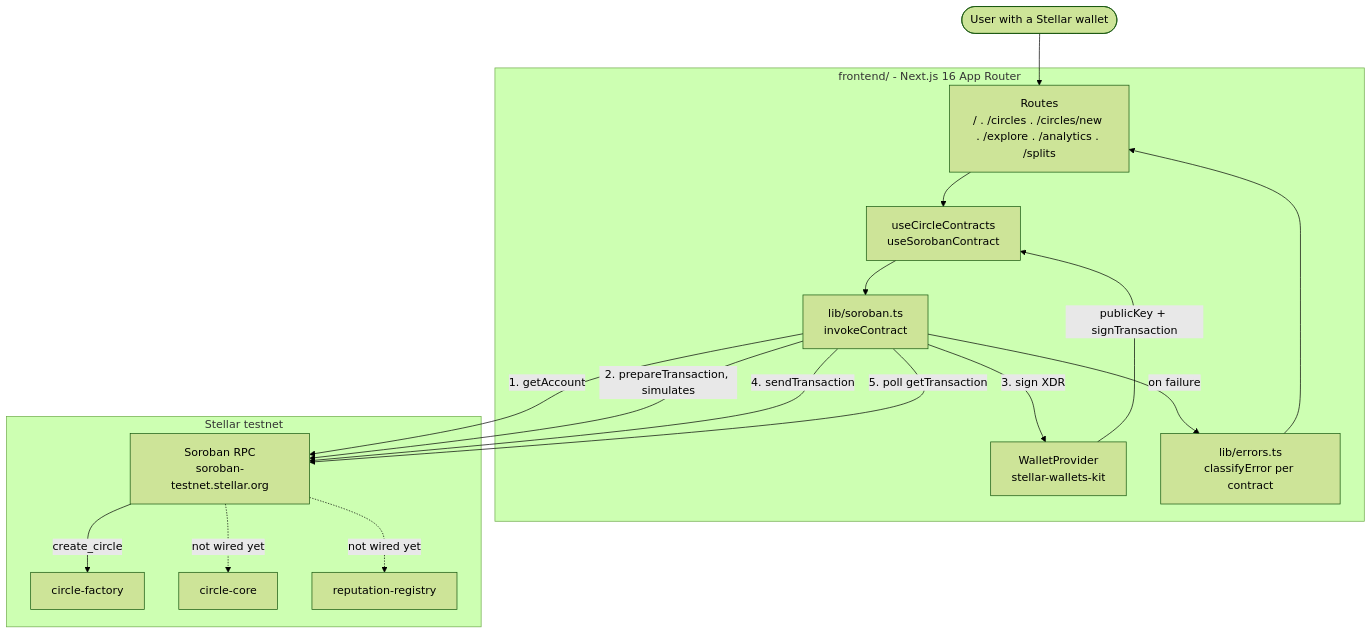
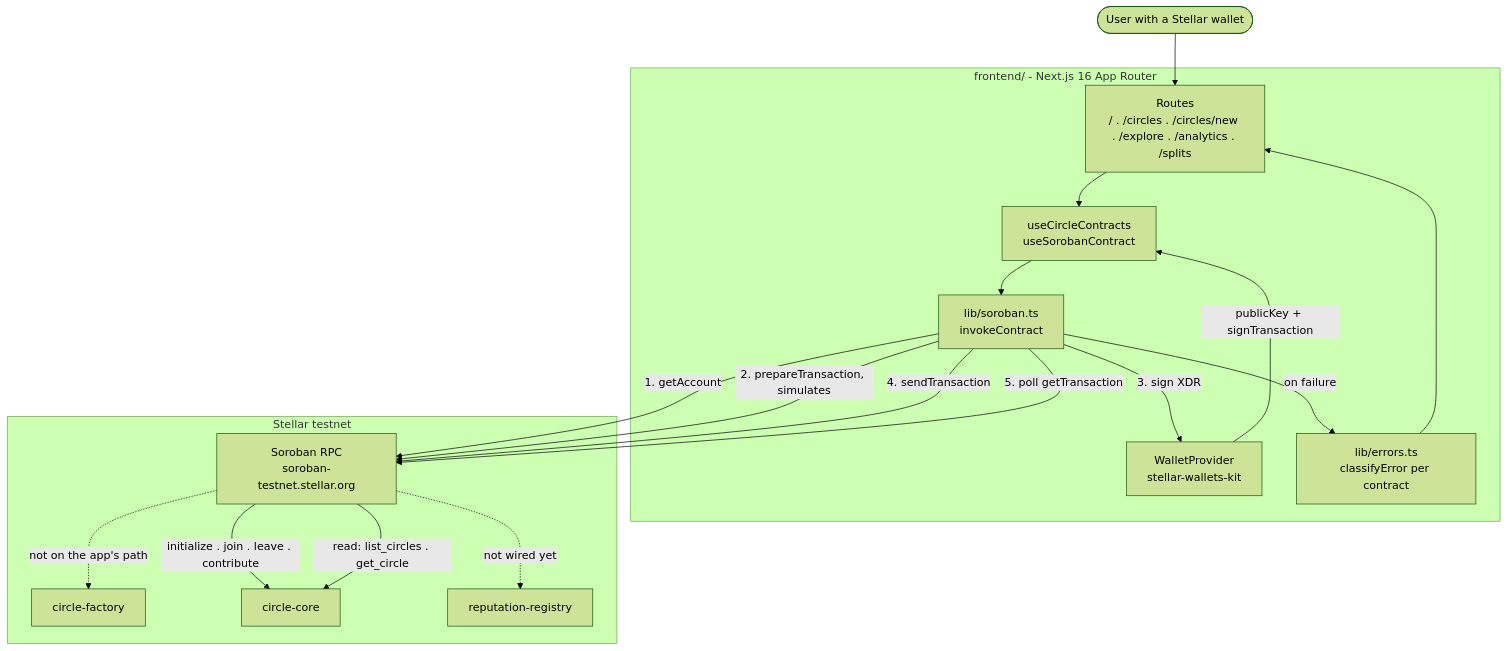
The first of 2 diagrams in README.md (V1shnuuu/Orange), drawn with Mermaid (forest theme) before and after one commit. The commit also changed other lines of this file, not shown here.

First line of the commit message:
docs: describe the on-chain circle flow and how to deploy it

````diff
--- a/README.md
+++ b/README.md
@@ -63,36 +73,37 @@
 ```mermaid
 flowchart TD
     User(["User with a Stellar wallet"])
 
     subgraph fe["frontend/ - Next.js 16 App Router"]
         Pages["Routes<br>/ . /circles . /circles/new . /explore . /analytics . /splits"]
         Wallet["WalletProvider<br>stellar-wallets-kit"]
         Hooks["useCircleContracts<br>useSorobanContract"]
         Invoke["lib/soroban.ts<br>invokeContract"]
         Errors["lib/errors.ts<br>classifyError per contract"]
     end
 
     subgraph chain["Stellar testnet"]
         RPC["Soroban RPC<br>soroban-testnet.stellar.org"]
         Factory["circle-factory"]
         Core["circle-core"]
         Rep["reputation-registry"]
     end
 
     User --> Pages
     Pages --> Hooks
     Wallet -->|"publicKey + signTransaction"| Hooks
     Hooks --> Invoke
 
     Invoke -->|"1. getAccount"| RPC
     Invoke -->|"2. prepareTransaction, simulates"| RPC
     Invoke -->|"3. sign XDR"| Wallet
     Invoke -->|"4. sendTransaction"| RPC
     Invoke -->|"5. poll getTransaction"| RPC
     Invoke -->|"on failure"| Errors
     Errors --> Pages
 
-    RPC -->|"create_circle"| Factory
-    RPC -.->|"not wired yet"| Core
+    RPC -->|"initialize . join . leave . contribute"| Core
+    RPC -->|"read: list_circles . get_circle"| Core
     RPC -.->|"not wired yet"| Rep
+    RPC -.->|"not on the app's path"| Factory
 ```
````
